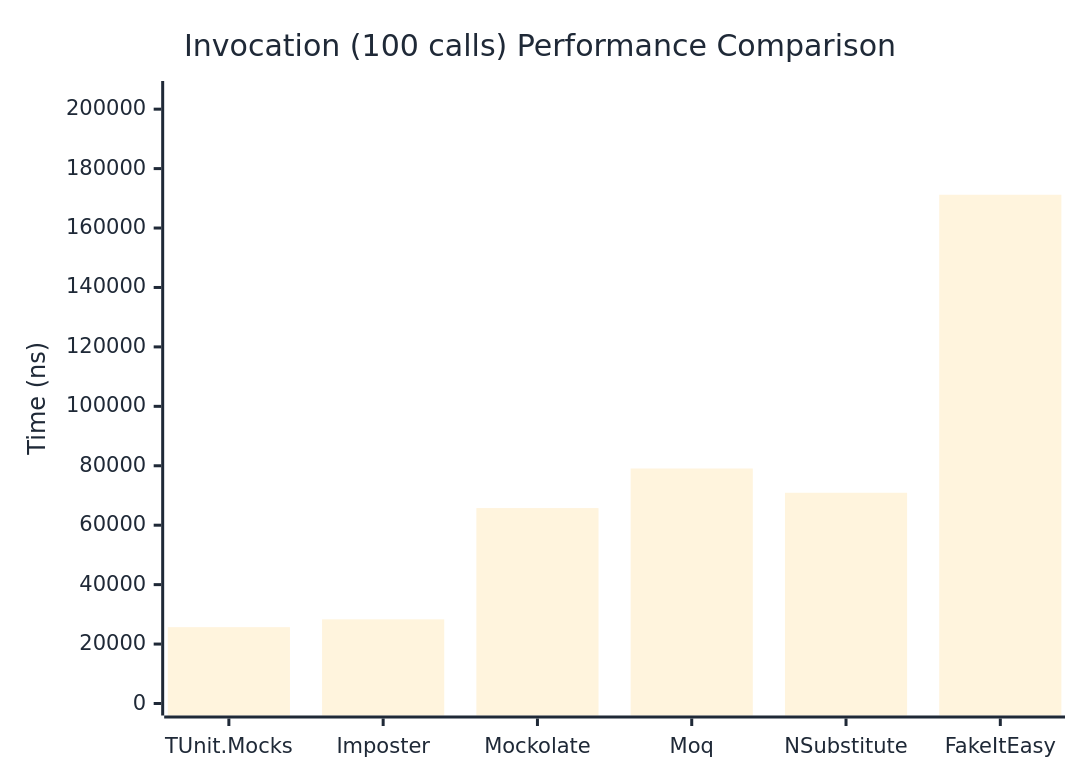
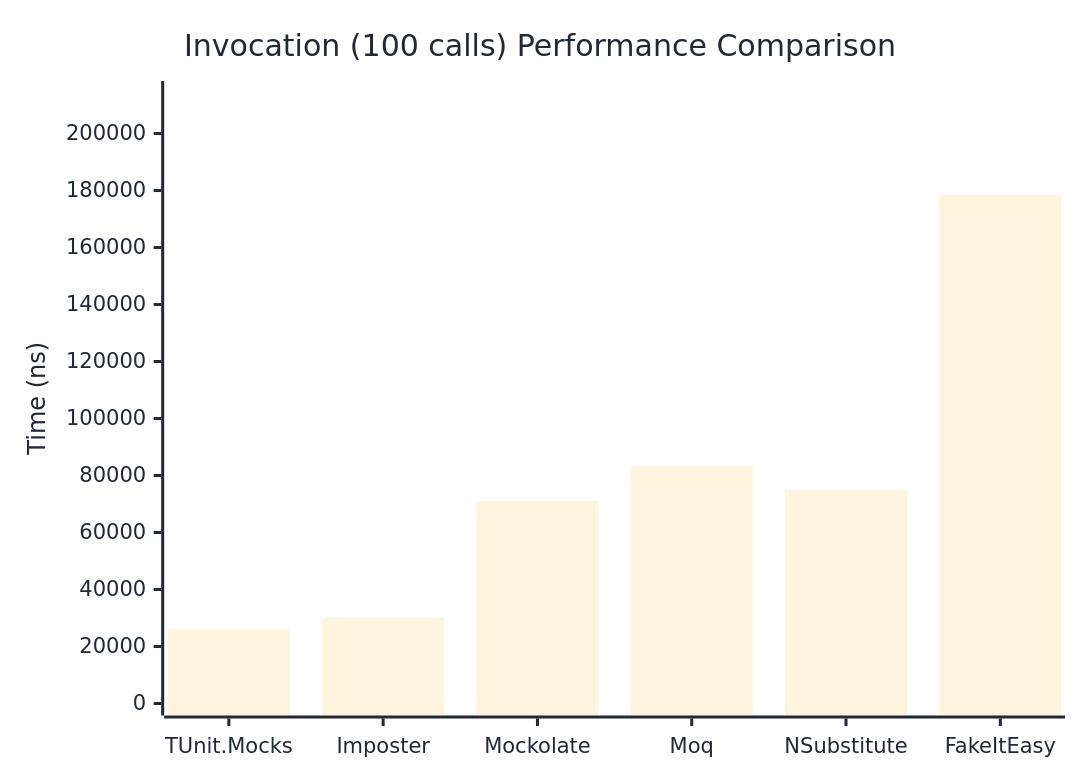
The third of 3 diagrams in docs/docs/benchmarks/mocks/Invocation.md (thomhurst/TUnit), drawn with Mermaid before and after one commit. The commit also changed other lines of this file and 14 other files, not shown here.

````diff
--- a/docs/docs/benchmarks/mocks/Invocation.md
+++ b/docs/docs/benchmarks/mocks/Invocation.md
@@ -110,27 +110,27 @@
 ```mermaid
 %%{init: {
   'theme':'base',
   'themeVariables': {
     'primaryColor': '#2563eb',
     'primaryTextColor': '#1f2937',
     'primaryBorderColor': '#1e40af',
     'lineColor': '#6b7280',
     'secondaryColor': '#7c3aed',
     'tertiaryColor': '#dc2626',
     'background': '#ffffff',
     'pie1': '#2563eb',
     'pie2': '#7c3aed',
     'pie3': '#dc2626',
     'pie4': '#f59e0b',
     'pie5': '#10b981',
     'pie6': '#06b6d4',
     'pie7': '#ec4899',
     'pie8': '#6366f1'
   }
 }}%%
 xychart-beta
   title "Invocation (100 calls) Performance Comparison"
   x-axis ["TUnit.Mocks", "Imposter", "Mockolate", "Moq", "NSubstitute", "FakeItEasy"]
-  y-axis "Time (ns)" 0 --> 205440
-  bar [25690.3, 28319.9, 65761.6, 79082.1, 70913.8, 171199.5]
+  y-axis "Time (ns)" 0 --> 214227
+  bar [26238.6, 30285.1, 71103.9, 83409, 75049.3, 178521.9]
 ```
````
